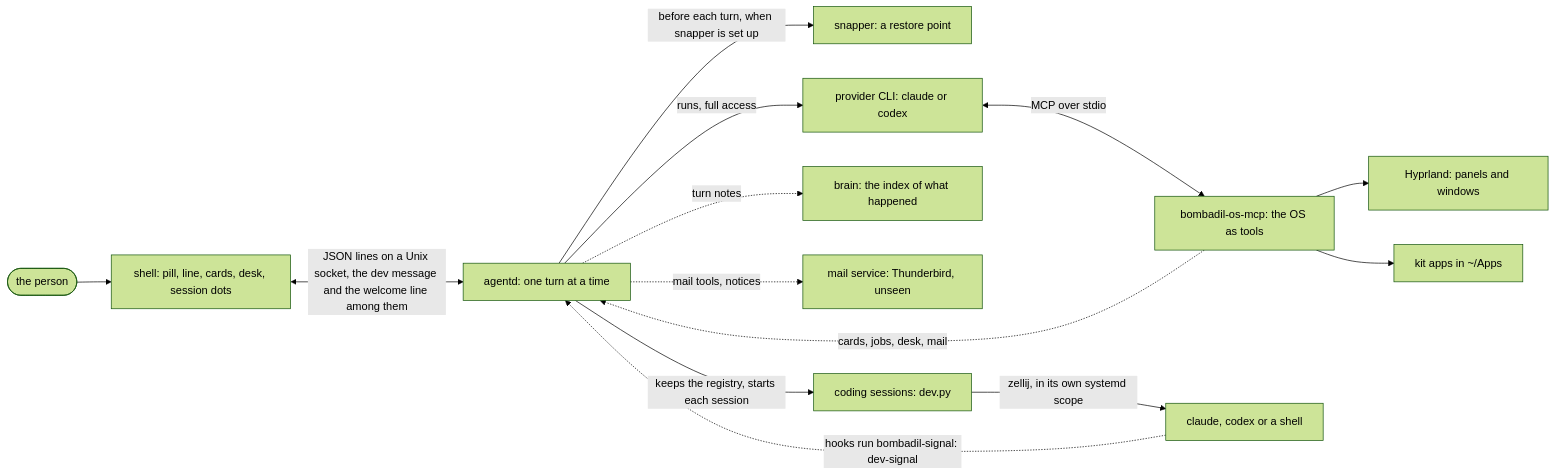
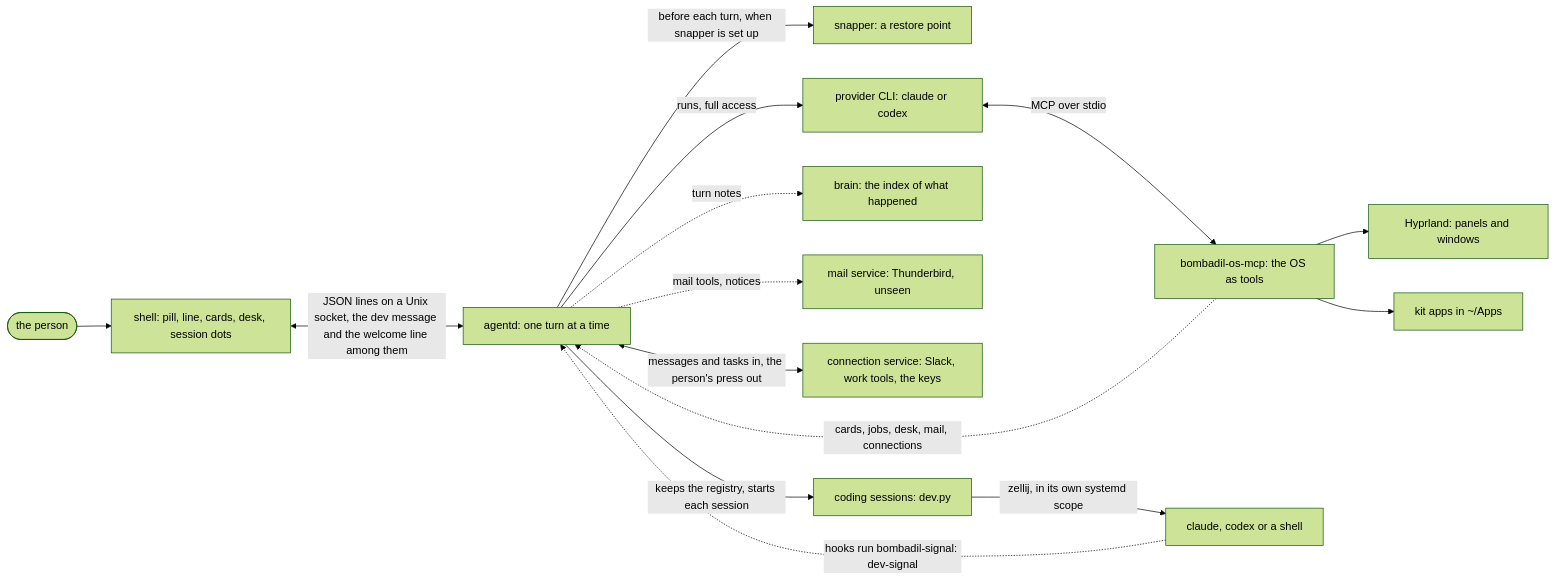
The first of 2 diagrams in docs/ARCHITECTURE.md (thedefaultman/Bombadil), drawn with Mermaid (forest theme) before and after one commit. The commit also changed other lines of this file and 8 other files, not shown here.

First line of the commit message:
docs: overview, roadmap, history, README and AGENTS up to date with messages and connections and Your desk

````diff
--- a/docs/ARCHITECTURE.md
+++ b/docs/ARCHITECTURE.md
@@ -12,16 +12,17 @@
 ```mermaid
 flowchart LR
     person(["the person"]) --> shell["shell: pill, line, cards, desk, session dots"]
     shell <-->|"JSON lines on a Unix socket, the dev message and the welcome line among them"| agentd["agentd: one turn at a time"]
     agentd -->|"before each turn, when snapper is set up"| snap["snapper: a restore point"]
     agentd -->|"runs, full access"| cli["provider CLI: claude or codex"]
     cli <-->|"MCP over stdio"| mcp["bombadil-os-mcp: the OS as tools"]
     mcp --> hypr["Hyprland: panels and windows"]
     mcp --> apps["kit apps in ~/Apps"]
-    mcp -.->|"cards, jobs, desk, mail"| agentd
+    mcp -.->|"cards, jobs, desk, mail, connections"| agentd
     agentd -.->|"turn notes"| brain["brain: the index of what happened"]
     agentd -.->|"mail tools, notices"| mail["mail service: Thunderbird, unseen"]
+    agentd <-->|"messages and tasks in, the person's press out"| connect["connection service: Slack, work tools, the keys"]
     agentd -->|"keeps the registry, starts each session"| dev["coding sessions: dev.py"]
     dev -->|"zellij, in its own systemd scope"| tools["claude, codex or a shell"]
     tools -.->|"hooks run bombadil-signal: dev-signal"| agentd
 ```
````
